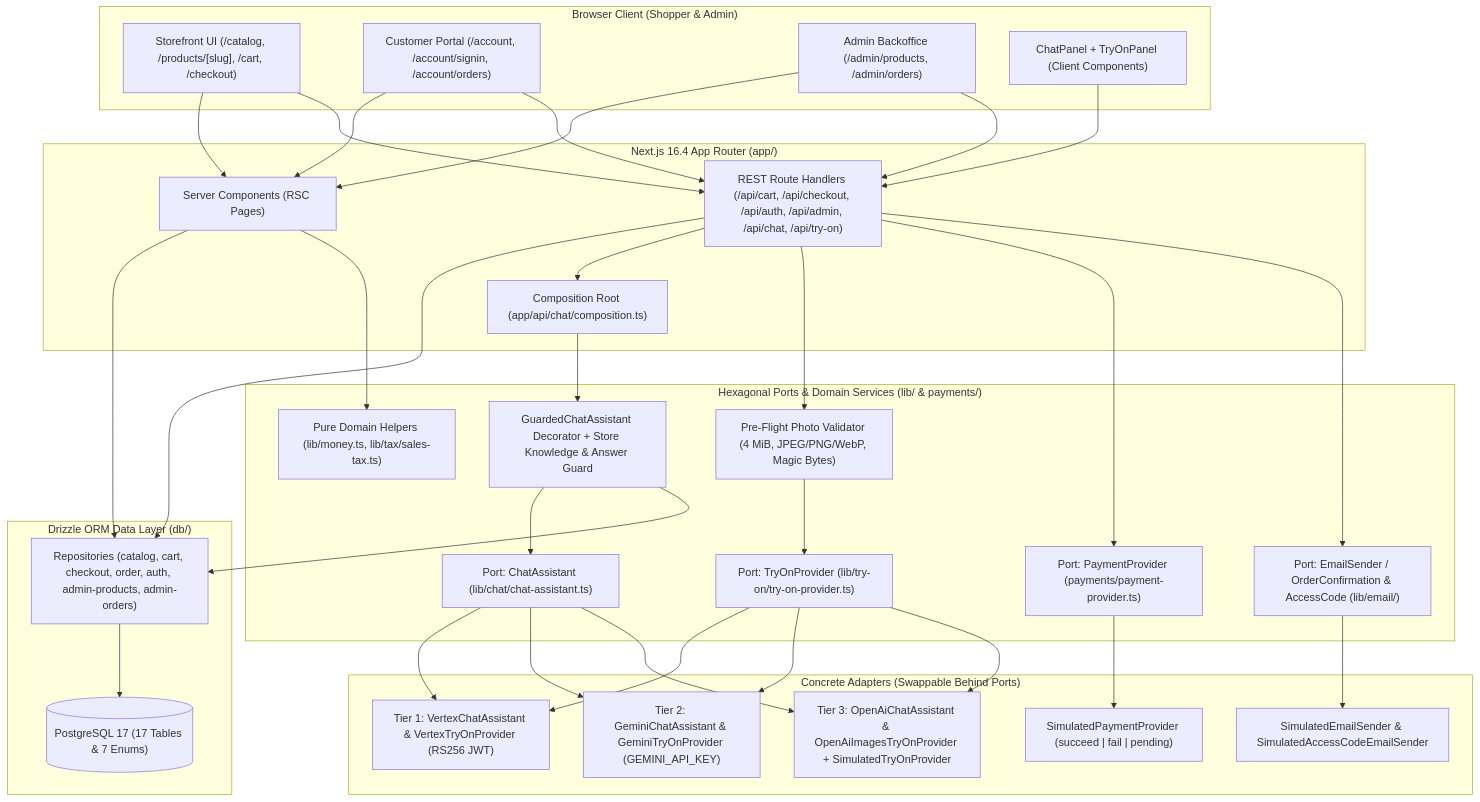
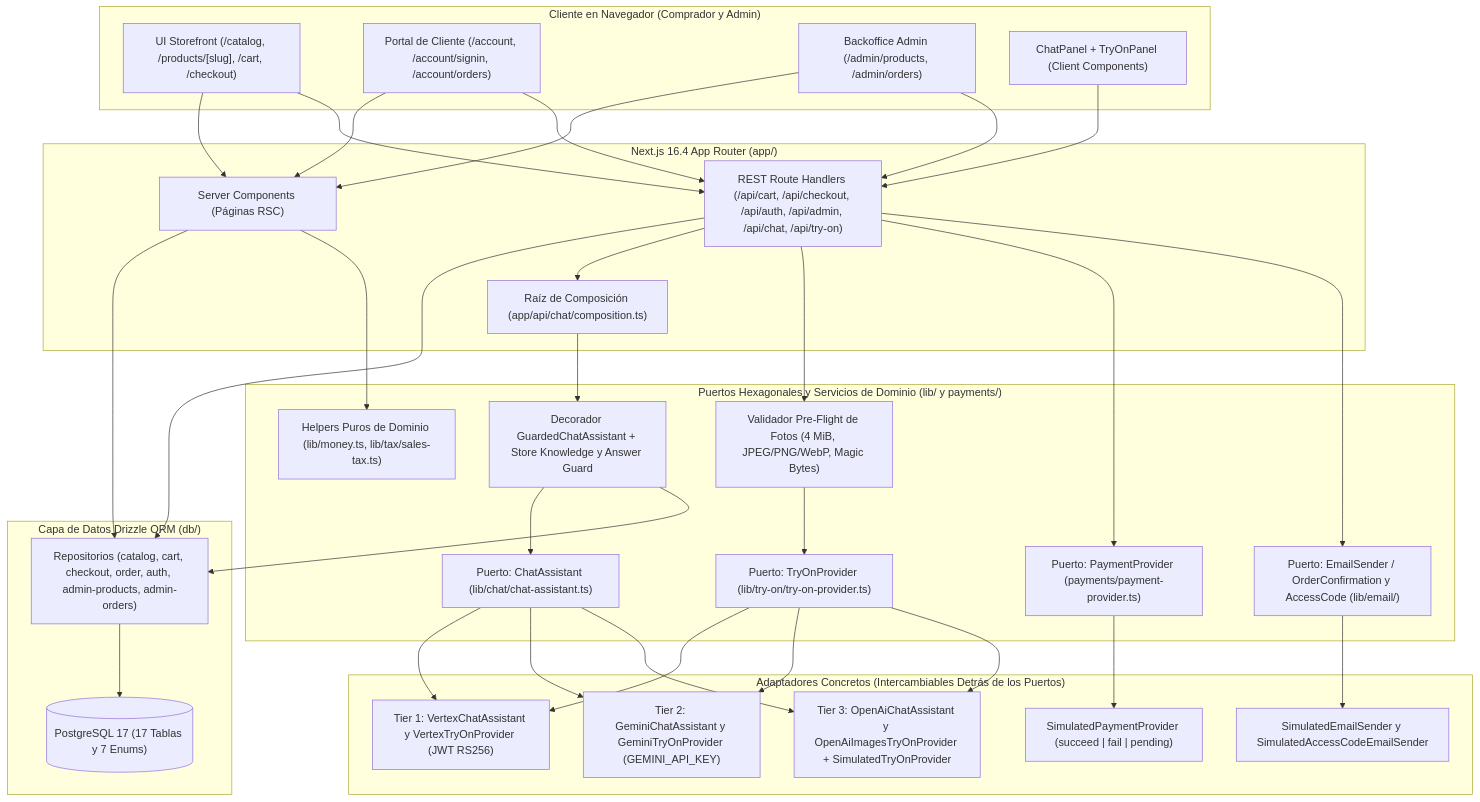
One commit to JesusArmandoM/j-armando changed the first of 6 diagrams in README.md. Above: the diagram before and after it, drawn with Mermaid. The commit also changed other lines of this file, not shown here.

````diff
--- a/README.md
+++ b/README.md
@@ -218,71 +218,71 @@
 ```mermaid
 flowchart TB
-  subgraph Client["Browser Client (Shopper & Admin)"]
-    StorefrontUI["Storefront UI (/catalog, /products/[slug], /cart, /checkout)"]
-    AccountUI["Customer Portal (/account, /account/signin, /account/orders)"]
-    AdminUI["Admin Backoffice (/admin/products, /admin/orders)"]
+  subgraph Client["Cliente en Navegador (Comprador y Admin)"]
+    StorefrontUI["UI Storefront (/catalog, /products/[slug], /cart, /checkout)"]
+    AccountUI["Portal de Cliente (/account, /account/signin, /account/orders)"]
+    AdminUI["Backoffice Admin (/admin/products, /admin/orders)"]
     ChatUI["ChatPanel + TryOnPanel (Client Components)"]
   end
 
   subgraph AppLayer["Next.js 16.4 App Router (app/)"]
-    RSC["Server Components (RSC Pages)"]
+    RSC["Server Components (Páginas RSC)"]
     APIRoutes["REST Route Handlers (/api/cart, /api/checkout, /api/auth, /api/admin, /api/chat, /api/try-on)"]
-    ChatComp["Composition Root (app/api/chat/composition.ts)"]
+    ChatComp["Raíz de Composición (app/api/chat/composition.ts)"]
   end
 
-  subgraph DomainPorts["Hexagonal Ports & Domain Services (lib/ & payments/)"]
-    ChatGuard["GuardedChatAssistant Decorator + Store Knowledge & Answer Guard"]
-    ChatPort["Port: ChatAssistant (lib/chat/chat-assistant.ts)"]
-    TryOnVal["Pre-Flight Photo Validator (4 MiB, JPEG/PNG/WebP, Magic Bytes)"]
-    TryOnPort["Port: TryOnProvider (lib/try-on/try-on-provider.ts)"]
-    PayPort["Port: PaymentProvider (payments/payment-provider.ts)"]
-    EmailPort["Port: EmailSender / OrderConfirmation & AccessCode (lib/email/)"]
-    TaxMoney["Pure Domain Helpers (lib/money.ts, lib/tax/sales-tax.ts)"]
+  subgraph DomainPorts["Puertos Hexagonales y Servicios de Dominio (lib/ y payments/)"]
+    ChatGuard["Decorador GuardedChatAssistant + Store Knowledge y Answer Guard"]
+    ChatPort["Puerto: ChatAssistant (lib/chat/chat-assistant.ts)"]
+    TryOnVal["Validador Pre-Flight de Fotos (4 MiB, JPEG/PNG/WebP, Magic Bytes)"]
+    TryOnPort["Puerto: TryOnProvider (lib/try-on/try-on-provider.ts)"]
+    PayPort["Puerto: PaymentProvider (payments/payment-provider.ts)"]
+    EmailPort["Puerto: EmailSender / OrderConfirmation y AccessCode (lib/email/)"]
+    TaxMoney["Helpers Puros de Dominio (lib/money.ts, lib/tax/sales-tax.ts)"]
   end
 
-  subgraph Adapters["Concrete Adapters (Swappable Behind Ports)"]
-    VertexAdapters["Tier 1: VertexChatAssistant & VertexTryOnProvider (RS256 JWT)"]
-    GeminiAdapters["Tier 2: GeminiChatAssistant & GeminiTryOnProvider (GEMINI_API_KEY)"]
-    OpenAiAdapters["Tier 3: OpenAiChatAssistant & OpenAiImagesTryOnProvider + SimulatedTryOnProvider"]
+  subgraph Adapters["Adaptadores Concretos (Intercambiables Detrás de los Puertos)"]
+    VertexAdapters["Tier 1: VertexChatAssistant y VertexTryOnProvider (JWT RS256)"]
+    GeminiAdapters["Tier 2: GeminiChatAssistant y GeminiTryOnProvider (GEMINI_API_KEY)"]
+    OpenAiAdapters["Tier 3: OpenAiChatAssistant y OpenAiImagesTryOnProvider + SimulatedTryOnProvider"]
     SimPayAdapter["SimulatedPaymentProvider (succeed | fail | pending)"]
-    SimEmailAdapter["SimulatedEmailSender & SimulatedAccessCodeEmailSender"]
+    SimEmailAdapter["SimulatedEmailSender y SimulatedAccessCodeEmailSender"]
   end
 
-  subgraph DataLayer["Drizzle ORM Data Layer (db/)"]
-    Repos["Repositories (catalog, cart, checkout, order, auth, admin-products, admin-orders)"]
-    PG[("PostgreSQL 17 (17 Tables & 7 Enums)")]
+  subgraph DataLayer["Capa de Datos Drizzle ORM (db/)"]
+    Repos["Repositorios (catalog, cart, checkout, order, auth, admin-products, admin-orders)"]
+    PG[("PostgreSQL 17 (17 Tablas y 7 Enums)")]
   end
 
   StorefrontUI --> RSC
   AccountUI --> RSC
   AdminUI --> RSC
   StorefrontUI --> APIRoutes
   AccountUI --> APIRoutes
   AdminUI --> APIRoutes
   ChatUI --> APIRoutes
 
   RSC --> Repos
   RSC --> TaxMoney
   APIRoutes --> Repos
   APIRoutes --> ChatComp
   APIRoutes --> TryOnVal
   APIRoutes --> PayPort
   APIRoutes --> EmailPort
 
   ChatComp --> ChatGuard
   ChatGuard --> ChatPort
   ChatGuard --> Repos
   TryOnVal --> TryOnPort
 
   ChatPort --> VertexAdapters
   ChatPort --> GeminiAdapters
   ChatPort --> OpenAiAdapters
 
   TryOnPort --> VertexAdapters
   TryOnPort --> GeminiAdapters
   TryOnPort --> OpenAiAdapters
 
   PayPort --> SimPayAdapter
   EmailPort --> SimEmailAdapter
   Repos --> PG
 ```
````
